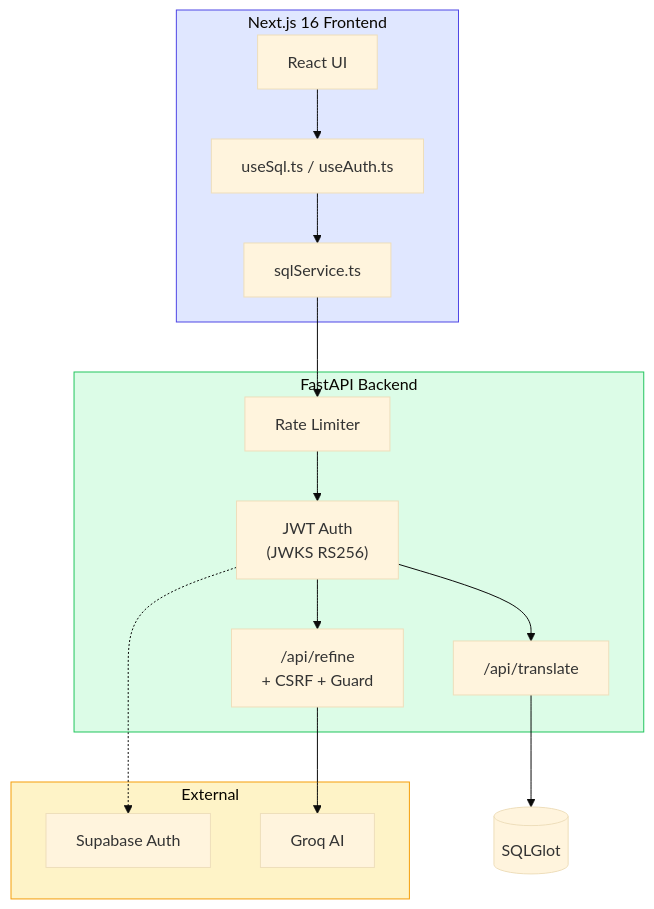
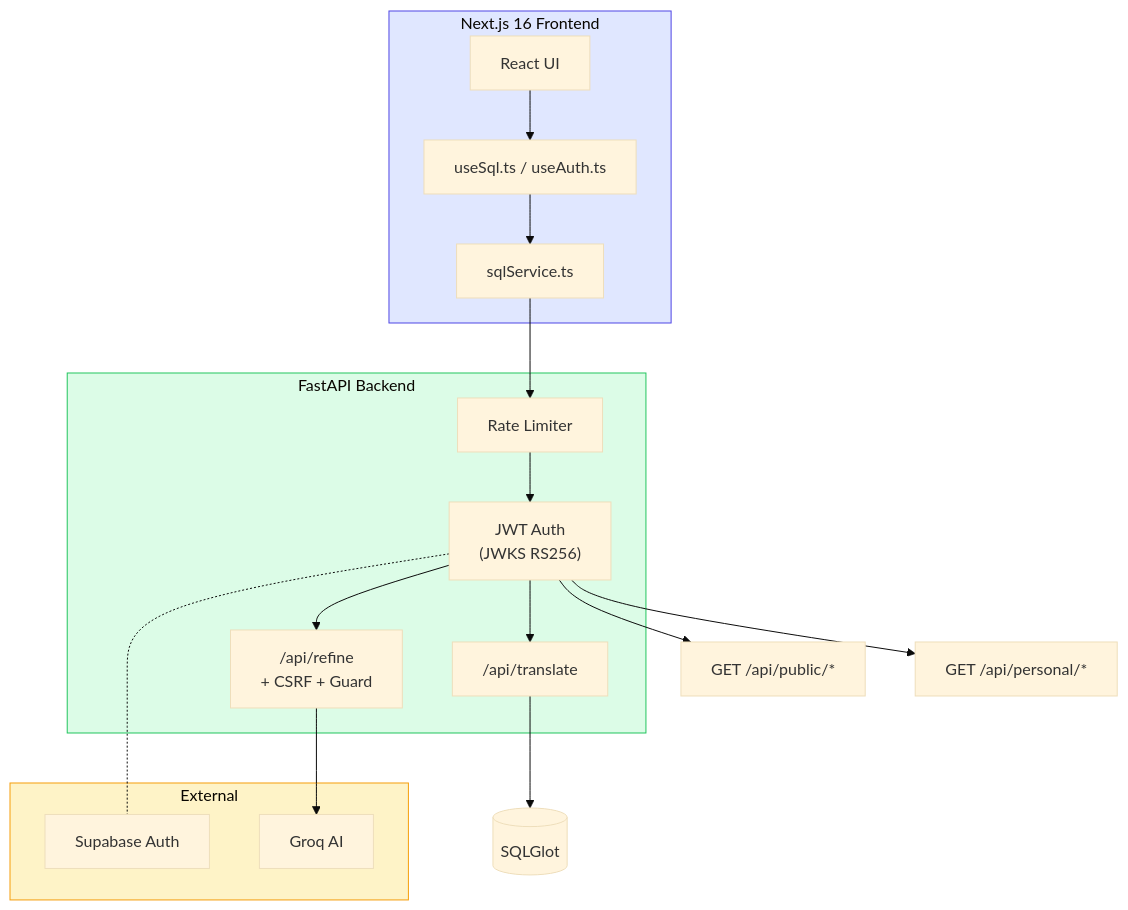
The second of 2 diagrams in README.md (akm07dev/sql-agnostic), drawn with Mermaid (base theme) before and after one commit. The commit also changed other lines of this file and 7 other files, not shown here.

Commit message:
docs: update architecture documentation, add dashboard implementation details, and include dynamic OG/favicon assets.

````diff
--- a/README.md
+++ b/README.md
@@ -102,29 +104,31 @@
 ```mermaid
 flowchart TD
     subgraph Frontend["Next.js 16 Frontend"]
         UI["React UI"]
         Hooks["useSql.ts / useAuth.ts"]
         Service["sqlService.ts"]
     end
     
     subgraph Backend["FastAPI Backend"]
         Auth["JWT Auth<br/>(JWKS RS256)"]
         RateLimit["Rate Limiter"]
         Translate["/api/translate"]
         Refine["/api/refine<br/>+ CSRF + Guard"]
     end
     
     subgraph External["External"]
         Supabase["Supabase Auth"]
         Groq["Groq AI"]
     end
     
     UI --> Hooks --> Service --> RateLimit --> Auth
     Auth --> Translate --> SQLGlot[("SQLGlot")]
     Auth --> Refine --> Groq
-    Auth -.-> Supabase
+    Auth --> PublicAPI["GET /api/public/*"]
+    Auth --> PersonalAPI["GET /api/personal/*"]
+    Auth -.-Supabase
     
     style Frontend fill:#e0e7ff,stroke:#4f46e5
     style Backend fill:#dcfce7,stroke:#22c55e
     style External fill:#fef3c7,stroke:#f59e0b
 ```
````
